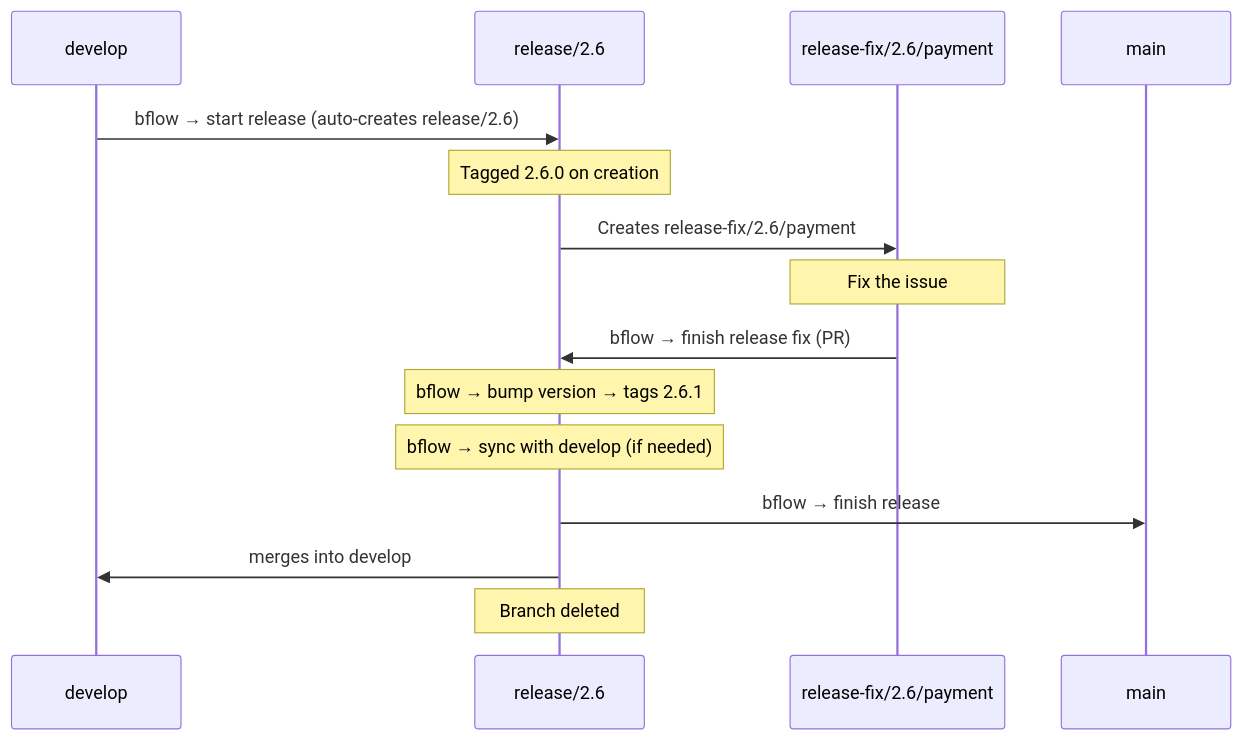
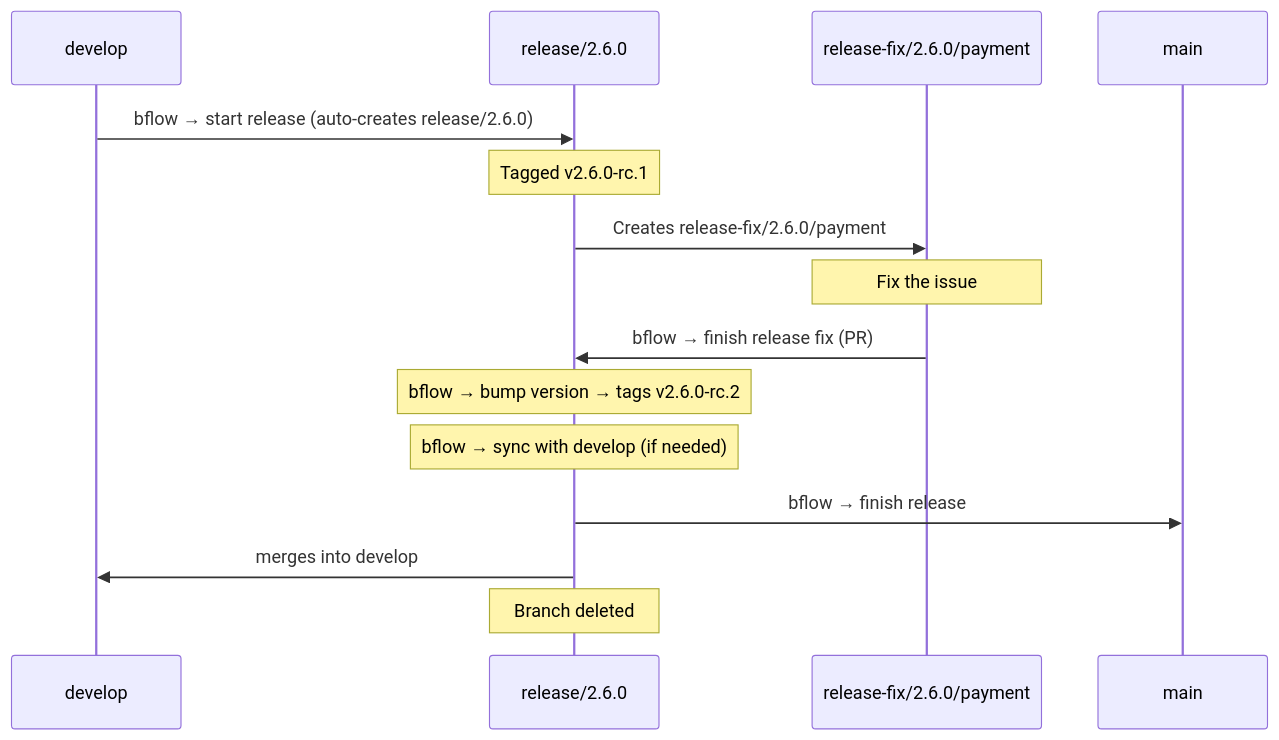
Before and after one commit to middelkampdev/gflow: the third of 6 diagrams in README.md, drawn with Mermaid. The commit also changed other lines of this file and 17 other files, not shown here.

````diff
--- a/README.md
+++ b/README.md
@@ -222,18 +222,18 @@
 ```mermaid
 sequenceDiagram
     participant D as develop
-    participant R as release/2.6
-    participant RF as release-fix/2.6/payment
+    participant R as release/2.6.0
+    participant RF as release-fix/2.6.0/payment
     participant M as main
 
-    D->>R: bflow → start release (auto-creates release/2.6)
-    Note over R: Tagged 2.6.0 on creation
-    R->>RF: Creates release-fix/2.6/payment
+    D->>R: bflow → start release (auto-creates release/2.6.0)
+    Note over R: Tagged v2.6.0-rc.1
+    R->>RF: Creates release-fix/2.6.0/payment
     Note over RF: Fix the issue
     RF->>R: bflow → finish release fix (PR)
-    Note over R: bflow → bump version → tags 2.6.1
+    Note over R: bflow → bump version → tags v2.6.0-rc.2
     Note over R: bflow → sync with develop (if needed)
     R->>M: bflow → finish release
     R->>D: merges into develop
     Note over R: Branch deleted
 ```
````
